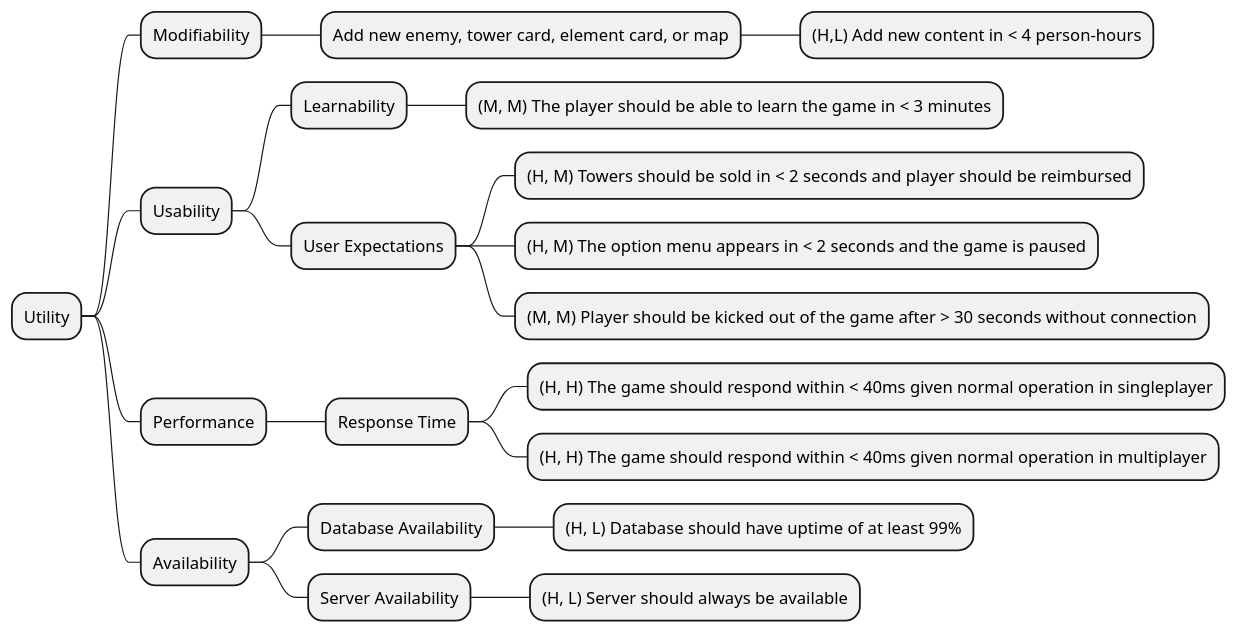
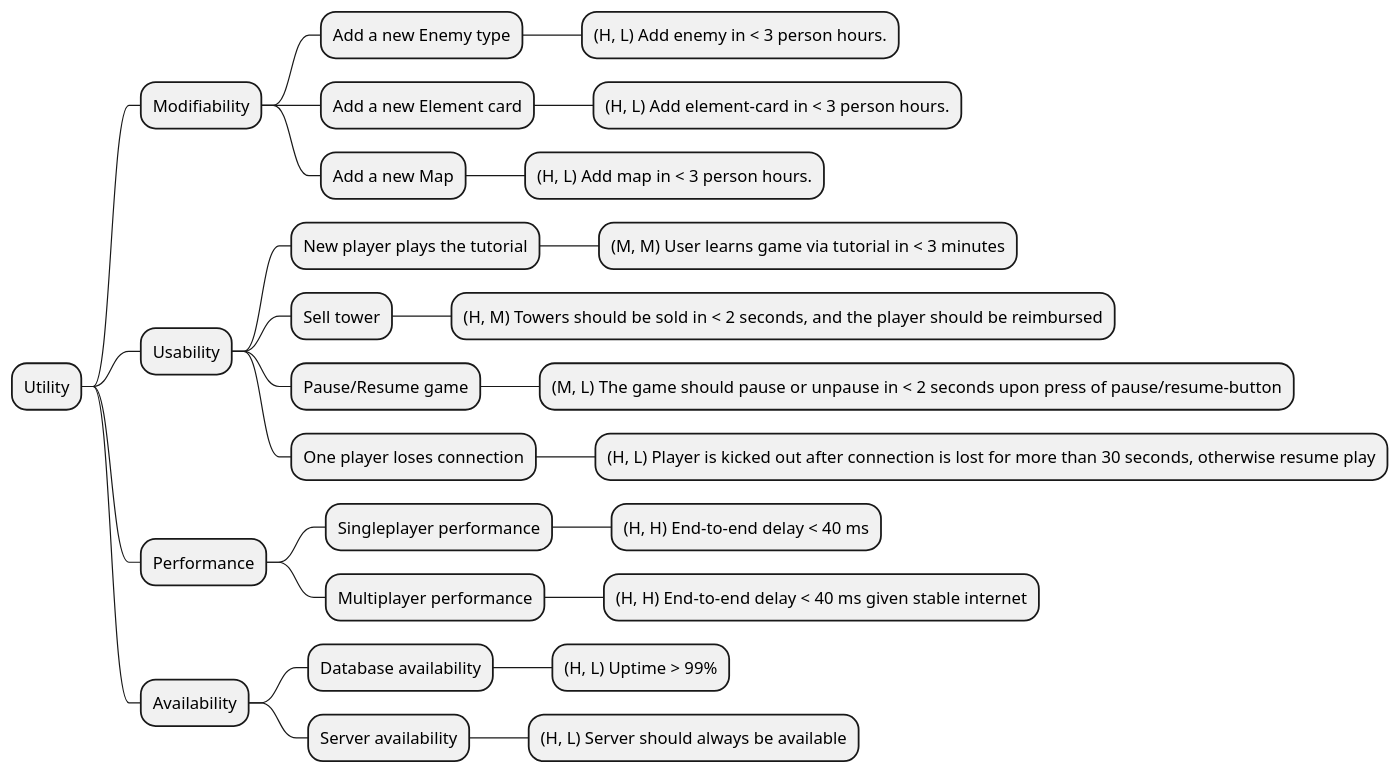
The diagram in docs/diagrams/utility-tree.puml (SverreNystad/besieged), drawn with PlantUML before and after one commit.

Commit message:
Completely revamped utility tree to match format given in task description

```diff
--- a/docs/diagrams/utility-tree.puml
+++ b/docs/diagrams/utility-tree.puml
@@ -1,23 +1,29 @@
-@startmindmap "Utility Tree"
+@startmindmap "Updated Utility Tree"
 * Utility
 ** Modifiability
-*** Add new enemy, tower card, element card, or map
-**** (H,L) Add new content in < 4 person-hours
+*** Add a new Enemy type
+**** (H, L) Add enemy in < 3 person hours.
+*** Add a new Element card
+**** (H, L) Add element-card in < 3 person hours.
+*** Add a new Map
+**** (H, L) Add map in < 3 person hours.
 ** Usability
-*** Learnability
-**** (M, M) The player should be able to learn the game in < 3 minutes
-*** User Expectations
-**** (H, M) Towers should be sold in < 2 seconds and player should be reimbursed
-**** (H, M) The option menu appears in < 2 seconds and the game is paused
-**** (M, M) Player should be kicked out of the game after > 30 seconds without connection
+*** New player plays the tutorial
+**** (M, M) User learns game via tutorial in < 3 minutes
+*** Sell tower
+**** (H, M) Towers should be sold in < 2 seconds, and the player should be reimbursed
+*** Pause/Resume game
+**** (M, L) The game should pause or unpause in < 2 seconds upon press of pause/resume-button
+*** One player loses connection
+**** (H, L) Player is kicked out after connection is lost for more than 30 seconds, otherwise resume play
 ** Performance
-*** Response Time
-**** (H, H) The game should respond within < 40ms given normal operation in singleplayer
-**** (H, H) The game should respond within < 40ms given normal operation in multiplayer
-
+*** Singleplayer performance
+**** (H, H) End-to-end delay < 40 ms
+*** Multiplayer performance
+**** (H, H) End-to-end delay < 40 ms given stable internet
 ** Availability
-*** Database Availability
-**** (H, L) Database should have uptime of at least 99%
-*** Server Availability
+*** Database availability
+**** (H, L) Uptime > 99%
+*** Server availability
 **** (H, L) Server should always be available
 @endmindmap
```
